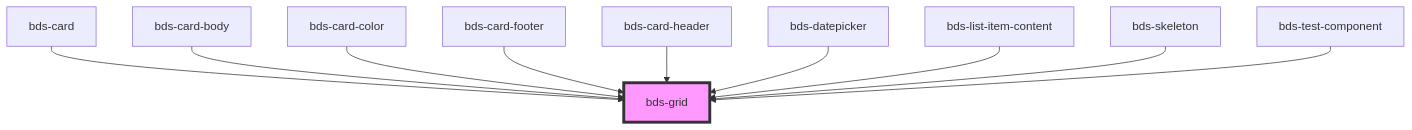
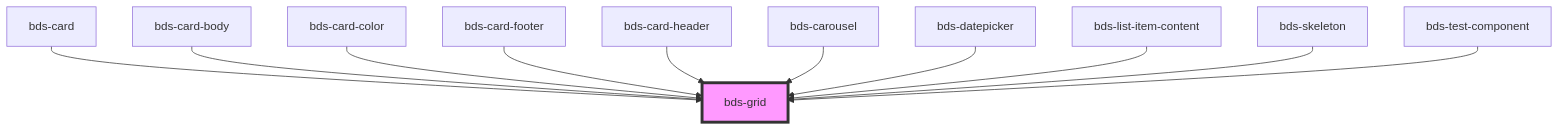
The diagram in src/components/grid/readme.md (takenet/blip-ds), drawn with Mermaid before and after one commit. The commit also changed other lines of this file and 17 other files, not shown here.

Commit message:
feat(carousel): add new component BdsCarousel

````diff
--- a/src/components/grid/readme.md
+++ b/src/components/grid/readme.md
@@ -51,13 +52,14 @@
 ```mermaid
 graph TD;
   bds-card --> bds-grid
   bds-card-body --> bds-grid
   bds-card-color --> bds-grid
   bds-card-footer --> bds-grid
   bds-card-header --> bds-grid
+  bds-carousel --> bds-grid
   bds-datepicker --> bds-grid
   bds-list-item-content --> bds-grid
   bds-skeleton --> bds-grid
   bds-test-component --> bds-grid
   style bds-grid fill:#f9f,stroke:#333,stroke-width:4px
 ```
````
